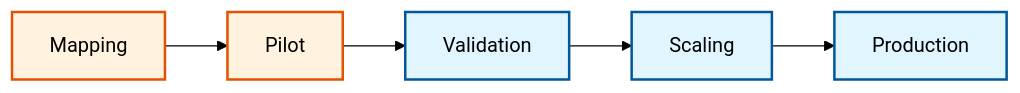
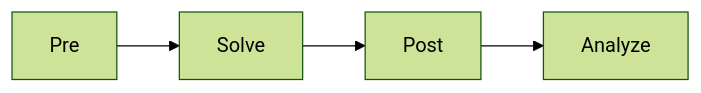
Before and after one commit to wramet/build-my-cfd: the diagram in MODULE_07_UTILITIES_AUTOMATION/CONTENT/01_SHELL_SCRIPTING/01_Automation_Strategy.md, drawn with Mermaid (forest theme). The commit also changed other lines of this file and 384 other files, not shown here.

````diff
--- a/MODULE_07_UTILITIES_AUTOMATION/CONTENT/01_SHELL_SCRIPTING/01_Automation_Strategy.md
+++ b/MODULE_07_UTILITIES_AUTOMATION/CONTENT/01_SHELL_SCRIPTING/01_Automation_Strategy.md
@@ -442,10 +26,6 @@
 ```mermaid
 flowchart LR
-classDef implicit fill:#e1f5fe,stroke:#01579b,stroke-width:2px,color:#000
-classDef explicit fill:#fff3e0,stroke:#e65100,stroke-width:2px,color:#000
-
-A[Mapping]:::explicit --> B[Pilot]:::explicit
-B --> C[Validation]:::implicit
-C --> D[Scaling]:::implicit
-D --> E[Production]:::implicit
+    A[Pre] --> B[Solve]
+    B --> C[Post]
+    C --> D[Analyze]
 ```
````
